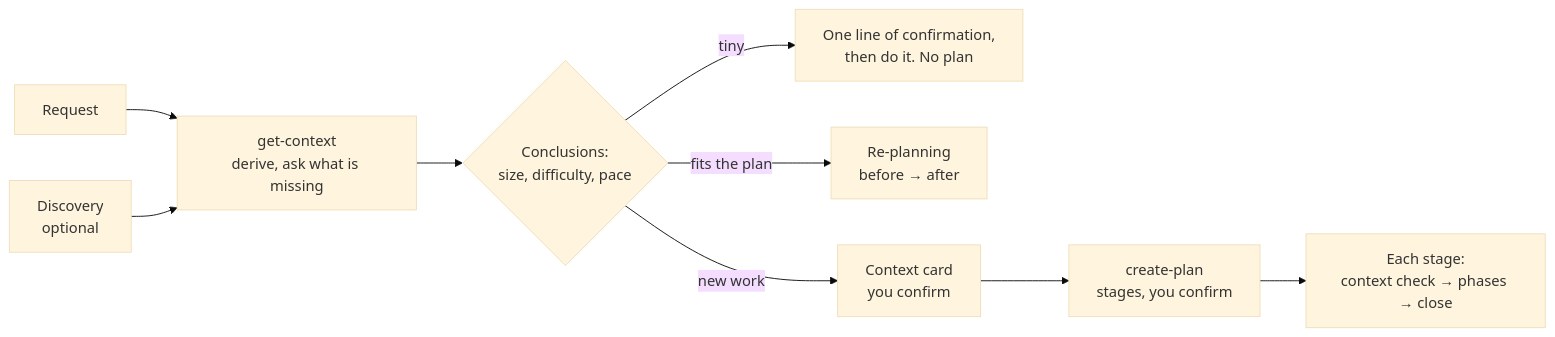
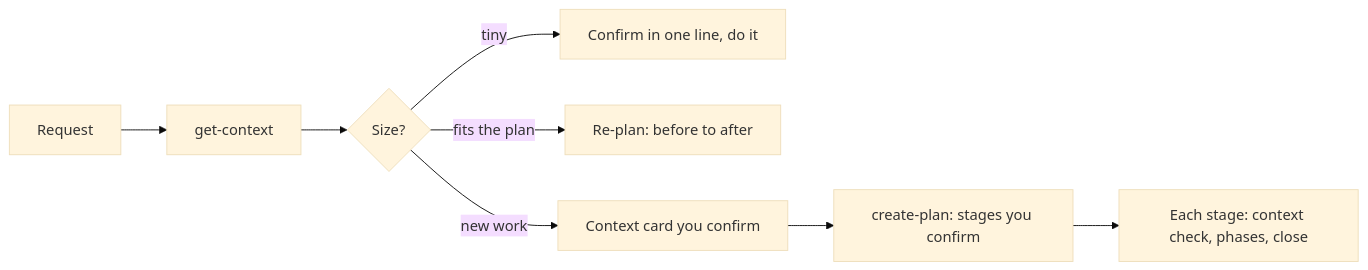
The diagram in README.md (FreddyZeta1847/blueprint), drawn with Mermaid (base theme) before and after one commit. The commit also changed other lines of this file, not shown here.

````diff
--- a/README.md
+++ b/README.md
@@ -33,11 +29,10 @@
 ```mermaid
 flowchart LR
-    A[Request] --> C[get-context<br/>derive, ask what is missing]
-    D[Discovery<br/>optional] --> C
-    C --> B{Conclusions:<br/>size, difficulty, pace}
-    B -- tiny --> T[One line of confirmation,<br/>then do it. No plan]
-    B -- fits the plan --> R[Re-planning<br/>before → after]
-    B -- new work --> K[Context card<br/>you confirm]
-    K --> P[create-plan<br/>stages, you confirm]
-    P --> S[Each stage:<br/>context check → phases → close]
+    A[Request] --> C[get-context]
+    C --> B{Size?}
+    B -- tiny --> T[Confirm in one line, do it]
+    B -- fits the plan --> R[Re-plan: before to after]
+    B -- new work --> K[Context card you confirm]
+    K --> P[create-plan: stages you confirm]
+    P --> S[Each stage: context check, phases, close]
 ```
````
